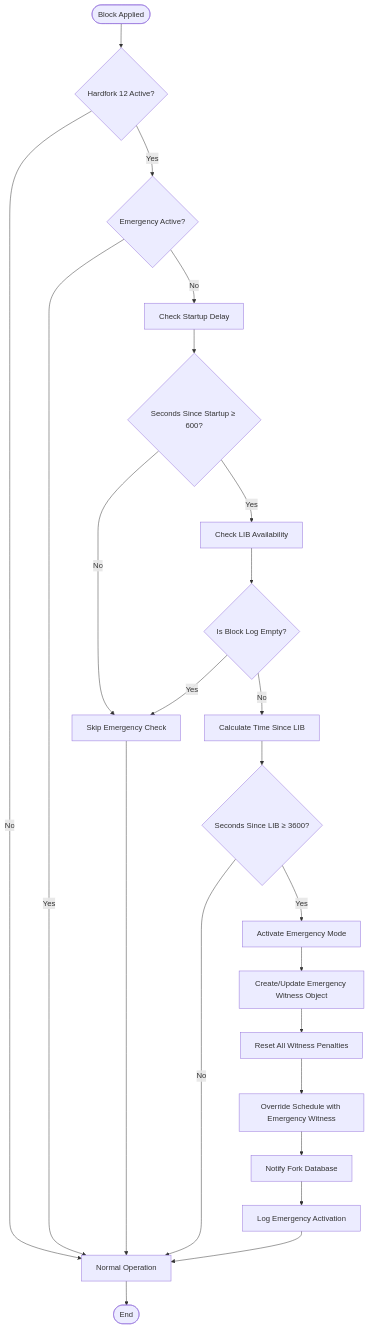
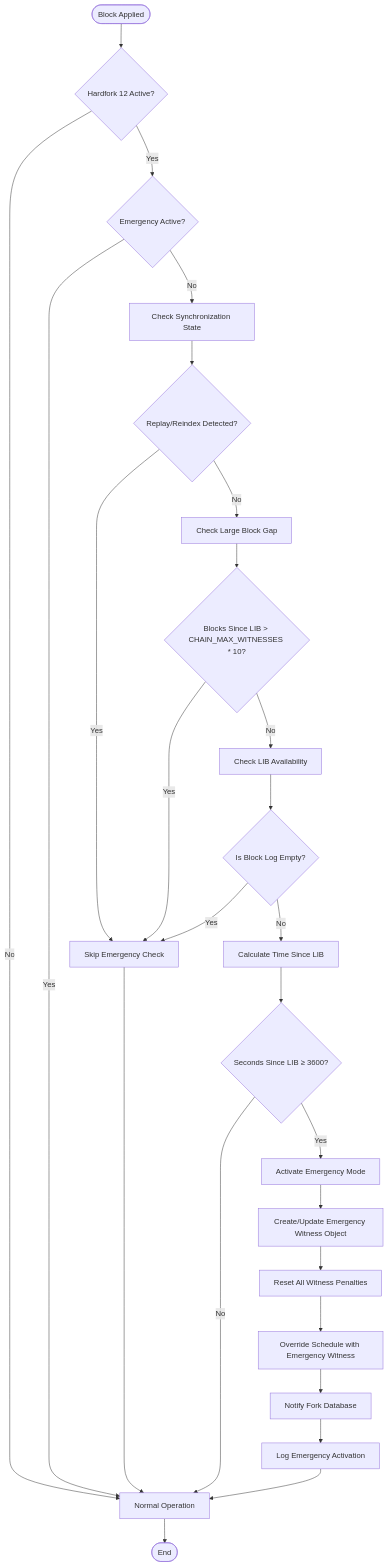
One commit to VIZ-Blockchain/viz-cpp-node changed the third of 8 diagrams in .qoder/repowiki/en/content/Core Libraries/Emergency Consensus System.md. Above: the diagram before and after it, drawn with Mermaid. The commit also changed other lines of this file and 5 other files, not shown here.

````diff
--- a/.qoder/repowiki/en/content/Core Libraries/Emergency Consensus System.md
+++ b/.qoder/repowiki/en/content/Core Libraries/Emergency Consensus System.md
@@ -183,25 +183,28 @@
 ```mermaid
 flowchart TD
 Start([Block Applied]) --> CheckHF{"Hardfork 12 Active?"}
 CheckHF --> |No| Normal[Normal Operation]
 CheckHF --> |Yes| CheckActive{"Emergency Active?"}
 CheckActive --> |Yes| Normal
-CheckActive --> |No| CheckStartup["Check Startup Delay"]
-CheckStartup --> CheckDelay{"Seconds Since Startup ≥ 600?"}
-CheckDelay --> |No| SkipCheck["Skip Emergency Check"]
-CheckDelay --> |Yes| CheckLIB["Check LIB Availability"]
+CheckActive --> |No| CheckSync["Check Synchronization State"]
+CheckSync --> CheckReplay{"Replay/Reindex Detected?"}
+CheckReplay --> |Yes| SkipCheck["Skip Emergency Check"]
+CheckReplay --> |No| CheckGap["Check Large Block Gap"]
+CheckGap --> CheckGapLarge{"Blocks Since LIB > CHAIN_MAX_WITNESSES * 10?"}
+CheckGapLarge --> |Yes| SkipCheck
+CheckGapLarge --> |No| CheckLIB["Check LIB Availability"]
 CheckLIB --> CheckEmpty{"Is Block Log Empty?"}
 CheckEmpty --> |Yes| SkipCheck
 CheckEmpty --> |No| CalcTime["Calculate Time Since LIB"]
 CalcTime --> CheckTimeout{"Seconds Since LIB ≥ 3600?"}
 CheckTimeout --> |No| Normal
 CheckTimeout --> |Yes| Activate["Activate Emergency Mode"]
 Activate --> CreateWitness["Create/Update Emergency Witness Object"]
 CreateWitness --> ResetPenalties["Reset All Witness Penalties"]
 ResetPenalties --> OverrideSchedule["Override Schedule with Emergency Witness"]
 OverrideSchedule --> NotifyFork["Notify Fork Database"]
 NotifyFork --> LogEvent["Log Emergency Activation"]
 LogEvent --> Normal
 SkipCheck --> Normal
 Normal --> End([End])
 ```
````
